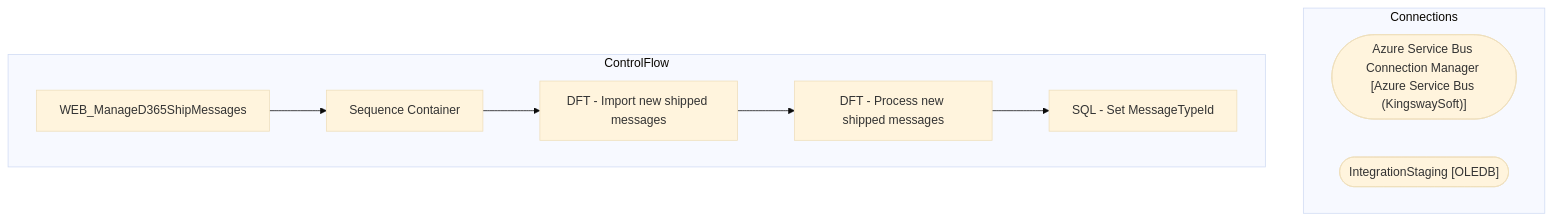
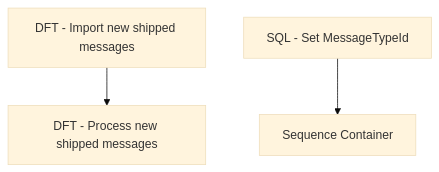
The diagram in bab-docs-explorer/Documentation/STL-SSIS-P-01/SSIS/SSIS/WEB_ManageD365ShipMessages.WEB_ManageD365ShipMessages.md (juanandresbrain/BABSkills), drawn with Mermaid (base theme) before and after one commit. The commit also changed other lines of this file and 273 other files, not shown here.

````diff
--- a/bab-docs-explorer/Documentation/STL-SSIS-P-01/SSIS/SSIS/WEB_ManageD365ShipMessages.WEB_ManageD365ShipMessages.md
+++ b/bab-docs-explorer/Documentation/STL-SSIS-P-01/SSIS/SSIS/WEB_ManageD365ShipMessages.WEB_ManageD365ShipMessages.md
@@ -9,18 +35,9 @@
 ```mermaid
 flowchart TD
-    subgraph Connections
-        Azure_Service_Bus_Connection_Manager_conn(["Azure Service Bus Connection Manager [Azure Service Bus (KingswaySoft)]"])
-        IntegrationStaging_conn(["IntegrationStaging [OLEDB]"])
-    end
-    subgraph ControlFlow
-        WEB_ManageD365ShipMessages_task["WEB_ManageD365ShipMessages"]
-        Sequence_Container_task["Sequence Container"]
-        WEB_ManageD365ShipMessages_task --> Sequence_Container_task
-        DFT___Import_new_shipped_messages_task["DFT - Import new shipped messages"]
-        Sequence_Container_task --> DFT___Import_new_shipped_messages_task
-        DFT___Process_new_shipped_messages_task["DFT - Process new shipped messages"]
-        DFT___Import_new_shipped_messages_task --> DFT___Process_new_shipped_messages_task
-        SQL___Set_MessageTypeId_task["SQL - Set MessageTypeId"]
-        DFT___Process_new_shipped_messages_task --> SQL___Set_MessageTypeId_task
-    end
+    n_Package_Sequence_Container["Sequence Container"]
+    n_Package_Sequence_Container_DFT___Import_new_shipped_messages["DFT - Import new shipped messages"]
+    n_Package_Sequence_Container_DFT___Process_new_shipped_messages["DFT - Process new shipped messages"]
+    n_Package_SQL___Set_MessageTypeId["SQL - Set MessageTypeId"]
+    n_Package_Sequence_Container_DFT___Import_new_shipped_messages --> n_Package_Sequence_Container_DFT___Process_new_shipped_messages
+    n_Package_SQL___Set_MessageTypeId --> n_Package_Sequence_Container
 ```
````
